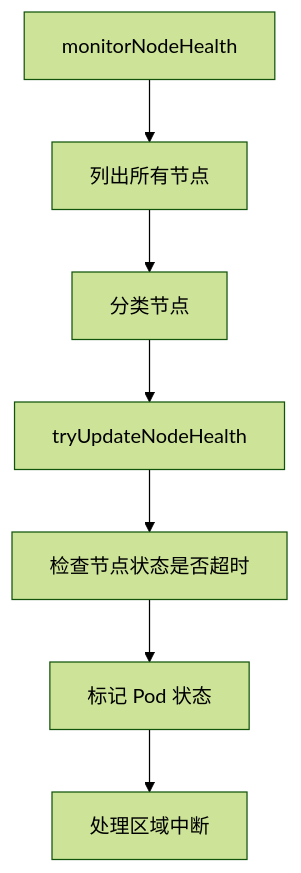
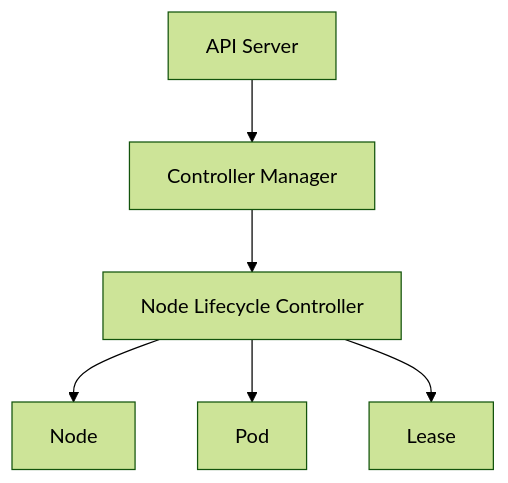
The first of 4 diagrams in docs/deep-dive/node-lifecycle-controller-deep-dive.md (mjczz/k8s-vitepress), drawn with Mermaid (forest theme) before and after one commit. The commit also changed other lines of this file and 5 other files, not shown here.

````diff
--- a/docs/deep-dive/node-lifecycle-controller-deep-dive.md
+++ b/docs/deep-dive/node-lifecycle-controller-deep-dive.md
@@ -94,9 +17,8 @@
 ```mermaid
-flowchart TD
-    A[monitorNodeHealth] --> B[列出所有节点]
-    B --> C[分类节点]
-    C --> D[tryUpdateNodeHealth]
-    D --> E[检查节点状态是否超时]
-    E --> F[标记 Pod 状态]
-    F --> G[处理区域中断]
+graph TD
+    A[API Server] --> B[Controller Manager]
+    B --> C[Node Lifecycle Controller]
+    C --> D[Node]
+    C --> E[Pod]
+    C --> F[Lease]
 ```
````
